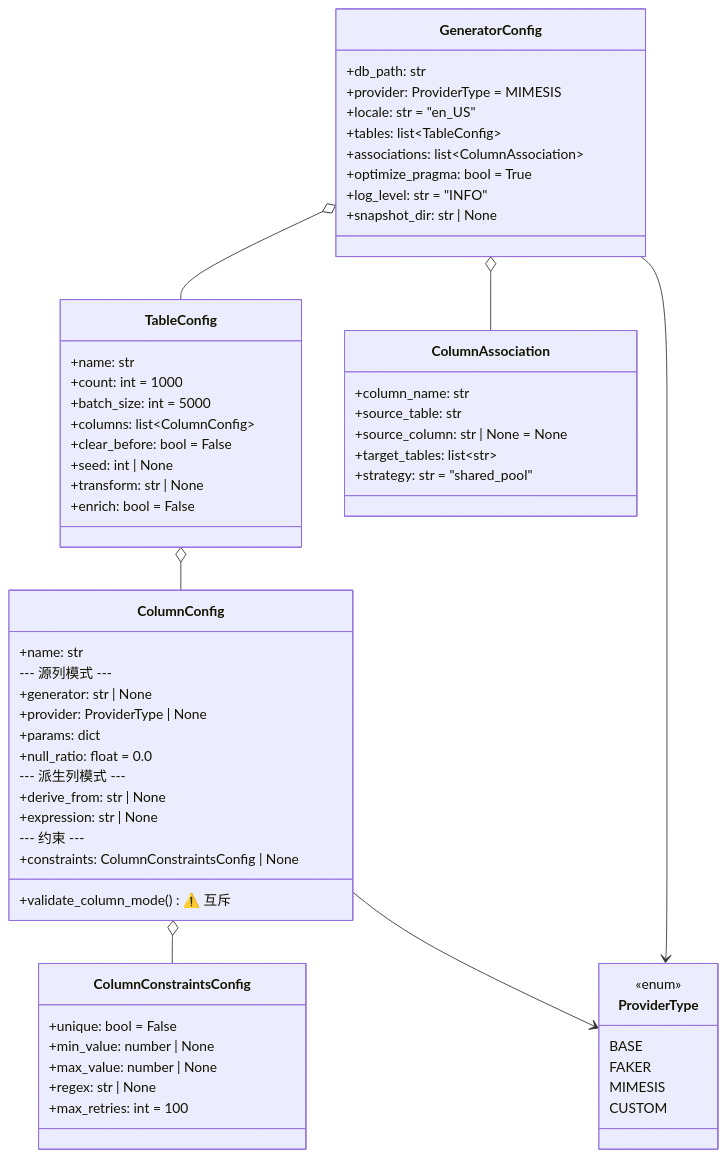
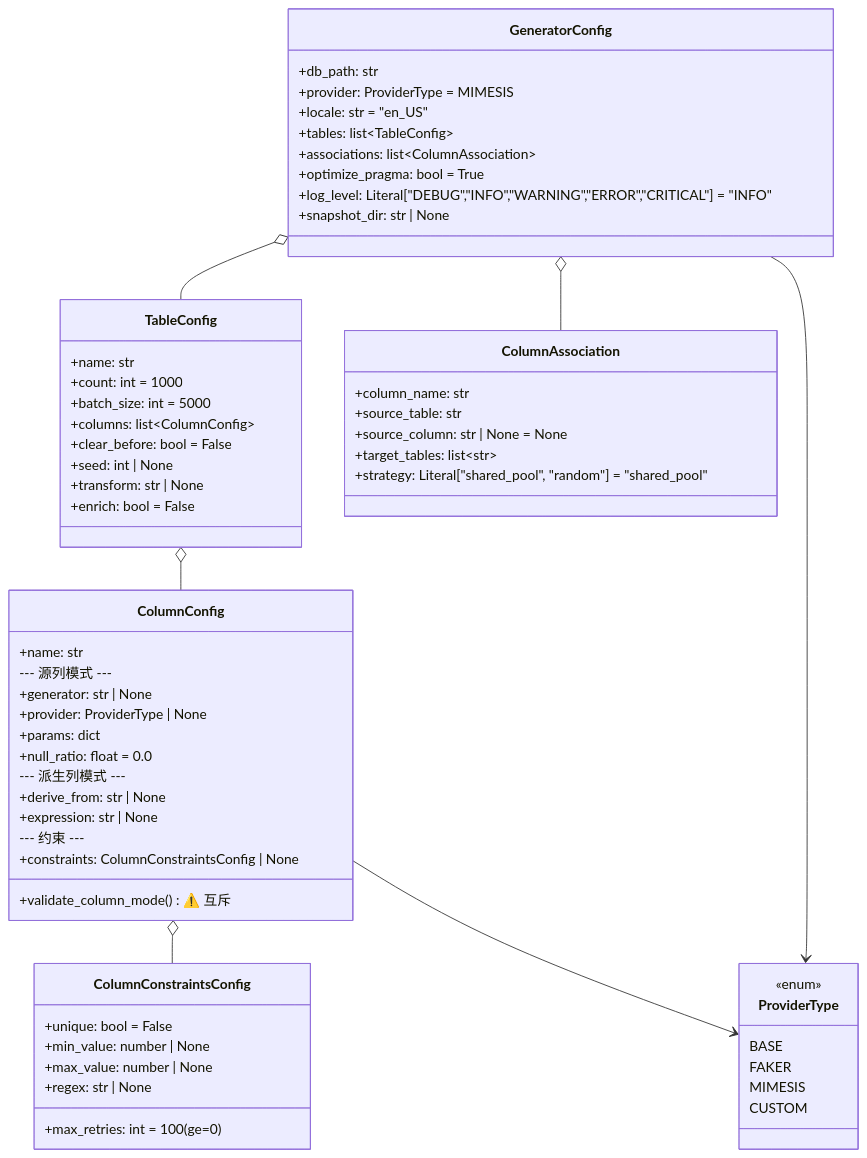
Before and after one commit to sunbos/sqlseed: the ninth of 11 diagrams in docs/architecture.zh-CN.md, drawn with Mermaid. The commit also changed other lines of this file and 6 other files, not shown here.

````diff
--- a/docs/architecture.zh-CN.md
+++ b/docs/architecture.zh-CN.md
@@ -551,70 +552,70 @@
 ```mermaid
 classDiagram
     class GeneratorConfig {
         +db_path: str
         +provider: ProviderType = MIMESIS
         +locale: str = "en_US"
         +tables: list~TableConfig~
         +associations: list~ColumnAssociation~
         +optimize_pragma: bool = True
-        +log_level: str = "INFO"
+        +log_level: Literal["DEBUG","INFO","WARNING","ERROR","CRITICAL"] = "INFO"
         +snapshot_dir: str | None
     }
 
     class TableConfig {
         +name: str
         +count: int = 1000
         +batch_size: int = 5000
         +columns: list~ColumnConfig~
         +clear_before: bool = False
         +seed: int | None
         +transform: str | None
         +enrich: bool = False
     }
 
     class ColumnConfig {
         +name: str
         --- 源列模式 ---
         +generator: str | None
         +provider: ProviderType | None
         +params: dict
         +null_ratio: float = 0.0
         --- 派生列模式 ---
         +derive_from: str | None
         +expression: str | None
         --- 约束 ---
         +constraints: ColumnConstraintsConfig | None
         +validate_column_mode() ⚠️ 互斥
     }
 
     class ColumnConstraintsConfig {
         +unique: bool = False
         +min_value: number | None
         +max_value: number | None
         +regex: str | None
-        +max_retries: int = 100
+        +max_retries: int = 100 (ge=0)
     }
 
     class ColumnAssociation {
         +column_name: str
         +source_table: str
         +source_column: str | None = None
         +target_tables: list~str~
-        +strategy: str = "shared_pool"
+        +strategy: Literal["shared_pool", "random"] = "shared_pool"
     }
 
     class ProviderType {
         <<enum>>
         BASE
         FAKER
         MIMESIS
         CUSTOM
     }
 
     GeneratorConfig o-- TableConfig
     GeneratorConfig o-- ColumnAssociation
     GeneratorConfig --> ProviderType
     TableConfig o-- ColumnConfig
     ColumnConfig o-- ColumnConstraintsConfig
     ColumnConfig --> ProviderType
 ```
````
